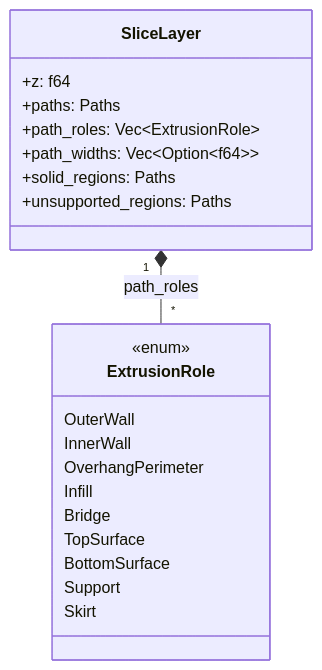
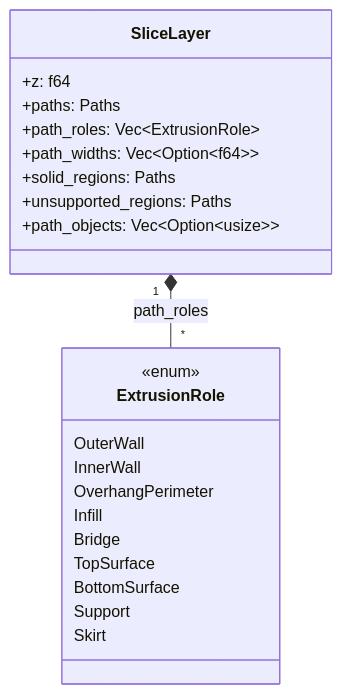
The first of 3 diagrams in src/core/README.md (ColdCrabby/slicer), drawn with Mermaid before and after one commit. The commit also changed other lines of this file and 32 other files, not shown here.

````diff
--- a/src/core/README.md
+++ b/src/core/README.md
@@ -53,24 +60,25 @@
 ```mermaid
 classDiagram
     class SliceLayer {
         +z: f64
         +paths: Paths
         +path_roles: Vec~ExtrusionRole~
         +path_widths: Vec~Option~f64~~
         +solid_regions: Paths
         +unsupported_regions: Paths
+        +path_objects: Vec~Option~usize~~
     }
     class ExtrusionRole {
         <<enum>>
         OuterWall
         InnerWall
         OverhangPerimeter
         Infill
         Bridge
         TopSurface
         BottomSurface
         Support
         Skirt
     }
     SliceLayer "1" *-- "*" ExtrusionRole : path_roles
 ```
````
